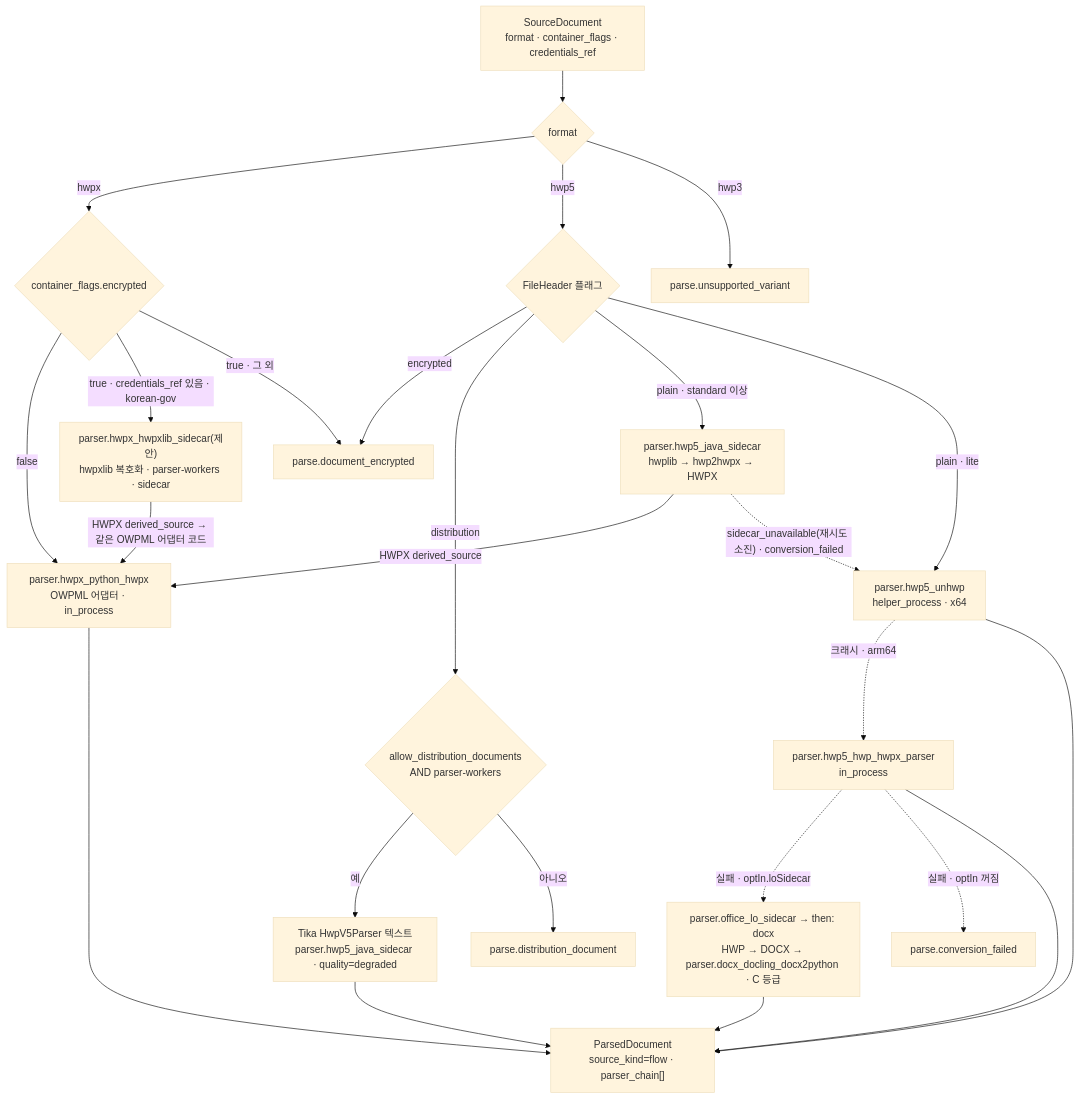
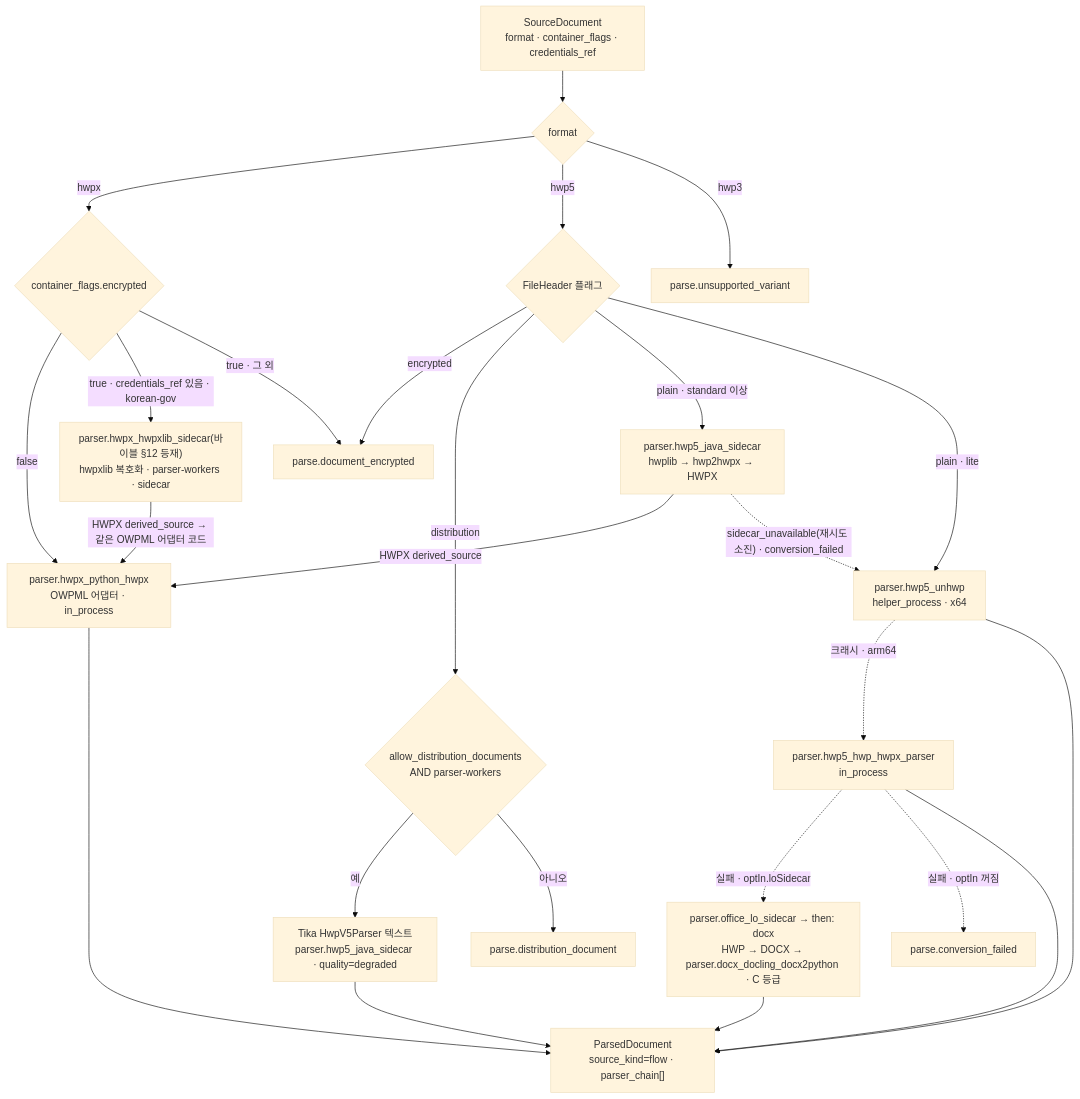
Before and after one commit to dplayamin-ai/rag-platform: the first of 2 diagrams in docs/04-pipelines/04-parser-hwpx-and-hwp.md, drawn with Mermaid (base theme). The commit also changed other lines of this file and 103 other files, not shown here.

````diff
--- a/docs/04-pipelines/04-parser-hwpx-and-hwp.md
+++ b/docs/04-pipelines/04-parser-hwpx-and-hwp.md
@@ -67,27 +67,27 @@
 ```mermaid
 flowchart TD
     SD["SourceDocument<br/>format · container_flags · credentials_ref"] --> D{format}
     D -->|hwpx| ENCX{container_flags.encrypted}
     ENCX -->|false| OW["parser.hwpx_python_hwpx<br/>OWPML 어댑터 · in_process"]
-    ENCX -->|"true · credentials_ref 있음 · korean-gov"| HXL["parser.hwpx_hwpxlib_sidecar(제안)<br/>hwpxlib 복호화 · parser-workers · sidecar"]
+    ENCX -->|"true · credentials_ref 있음 · korean-gov"| HXL["parser.hwpx_hwpxlib_sidecar(바이블 §12 등재)<br/>hwpxlib 복호화 · parser-workers · sidecar"]
     HXL -->|"HWPX derived_source → 같은 OWPML 어댑터 코드"| OW
     ENCX -->|"true · 그 외"| E1["parse.document_encrypted"]
     D -->|hwp5| FL{FileHeader 플래그}
     FL -->|encrypted| E1
     FL -->|distribution| DQ{"allow_distribution_documents<br/>AND parser-workers"}
     DQ -->|예| TK["Tika HwpV5Parser 텍스트<br/>parser.hwp5_java_sidecar · quality=degraded"]
     DQ -->|아니오| E2["parse.distribution_document"]
     FL -->|"plain · standard 이상"| JS["parser.hwp5_java_sidecar<br/>hwplib → hwp2hwpx → HWPX"]
     JS -->|"HWPX derived_source"| OW
     JS -.->|"sidecar_unavailable(재시도 소진) · conversion_failed"| UN
     FL -->|"plain · lite"| UN["parser.hwp5_unhwp<br/>helper_process · x64"]
     UN -.->|"크래시 · arm64"| PP["parser.hwp5_hwp_hwpx_parser<br/>in_process"]
     PP -.->|"실패 · optIn.loSidecar"| LO["parser.office_lo_sidecar → then: docx<br/>HWP → DOCX → parser.docx_docling_docx2python · C 등급"]
     PP -.->|"실패 · optIn 꺼짐"| E3["parse.conversion_failed"]
     D -->|hwp3| E4["parse.unsupported_variant"]
     OW --> PD["ParsedDocument<br/>source_kind=flow · parser_chain[]"]
     UN --> PD
     PP --> PD
     LO --> PD
     TK --> PD
 ```
````
